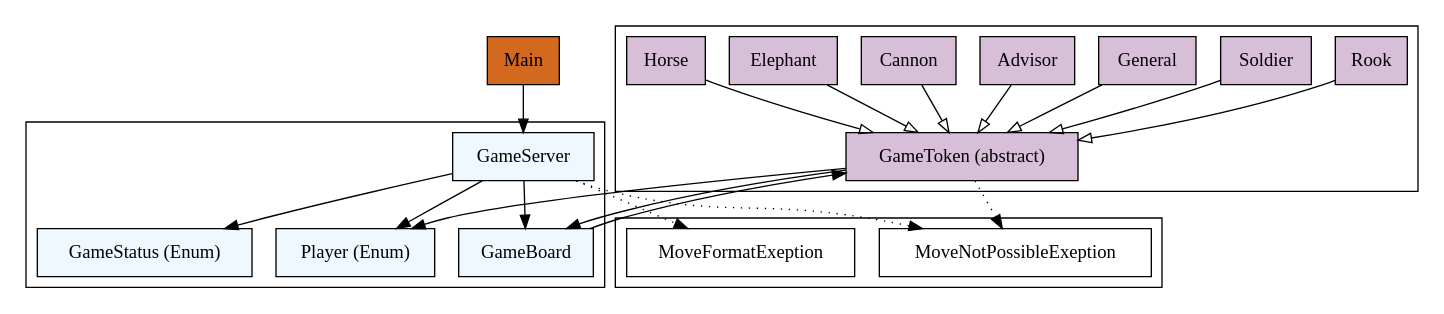
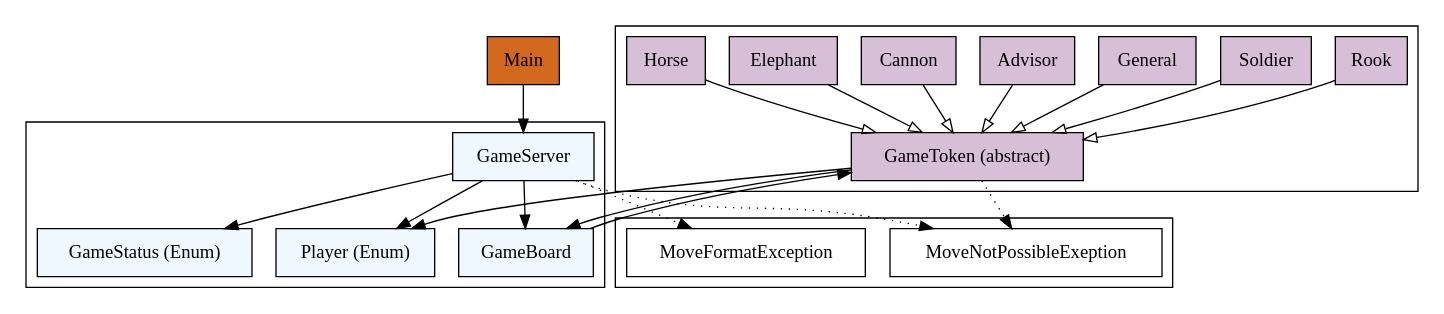
Before and after one commit to VL-IT-Service/xiangqi: the diagram in uml.dot, drawn with Graphviz. The commit also changed 6 other files, not shown here.

```diff
--- a/uml.dot
+++ b/uml.dot
@@ -1,50 +1,50 @@
 digraph xiangqi {
 rankdir=TB
 
 node [shape="box"]
 
 Main [fillcolor="chocolate", style="filled"] 
 
 
 subgraph clusterServer{
 node [fillcolor="aliceblue", style="filled"]
 GameServer
 GameBoard
 GameStatus [label="GameStatus (Enum)"]
 Player [label="Player (Enum)"]
 }
 
 
 subgraph clusterExceptions{
 MoveNotPossibleExeption
-MoveFormatExeption
+MoveFormatException
 }
 
 subgraph clusterToken {
 node [fillcolor="thistle", style="filled"]
 GameToken [label="GameToken (abstract)"]
 General -> GameToken [arrowhead="empty"] 
 Advisor -> GameToken [arrowhead="empty"]
 Cannon -> GameToken [arrowhead="empty"]
 Elephant -> GameToken [arrowhead="empty"]
 Horse -> GameToken [arrowhead="empty"]
 Rook -> GameToken [arrowhead="empty"]
 Soldier -> GameToken [arrowhead="empty"]
 }
 
 Main -> GameServer
 GameServer -> GameBoard
 GameBoard -> GameToken
 
 
 
 
 GameServer -> Player
 GameServer -> GameStatus
-GameServer -> MoveFormatExeption [style="dotted"]
+GameServer -> MoveFormatException [style="dotted"]
 GameServer -> MoveNotPossibleExeption [style="dotted"]
 GameToken -> MoveNotPossibleExeption [style="dotted"]
 GameToken -> Player
 GameToken -> GameBoard
 
 }
```
